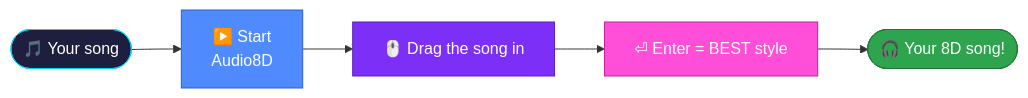
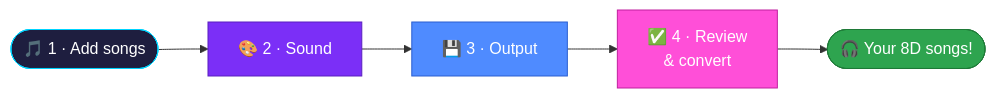
Before and after one commit to gcfernando/python_codes: the second of 4 diagrams in 8D/README.md, drawn with Mermaid. The commit also changed other lines of this file and 114 other files, not shown here.

````diff
--- a/8D/README.md
+++ b/8D/README.md
@@ -764,13 +509,10 @@
 ```mermaid
 flowchart LR
-    A(["🎵 Your song"]):::a --> B["▶️ Start<br/>Audio8D"]:::c
-    B --> C["🖱️ Drag the song in"]:::d
-    C --> D["⏎ Enter = BEST style"]:::e
-    D --> E(["🎧 Your 8D song!"]):::f
+    A(["🎵 1 · Add songs"]):::a --> B["🎨 2 · Sound"]:::b --> C["💾 3 · Output"]:::c --> D["✅ 4 · Review<br/>& convert"]:::d --> E(["🎧 Your 8D songs!"]):::e
 
     classDef a fill:#1e1e3f,stroke:#00d4ff,color:#fff
+    classDef b fill:#7b2ff7,stroke:#5a1fc0,color:#fff
     classDef c fill:#4f8bff,stroke:#2a5fd0,color:#fff
-    classDef d fill:#7b2ff7,stroke:#5a1fc0,color:#fff
-    classDef e fill:#ff4fd8,stroke:#c0209f,color:#fff
-    classDef f fill:#2ea44f,stroke:#1f7a38,color:#fff
+    classDef d fill:#ff4fd8,stroke:#c0209f,color:#fff
+    classDef e fill:#2ea44f,stroke:#1f7a38,color:#fff
 ```
````
